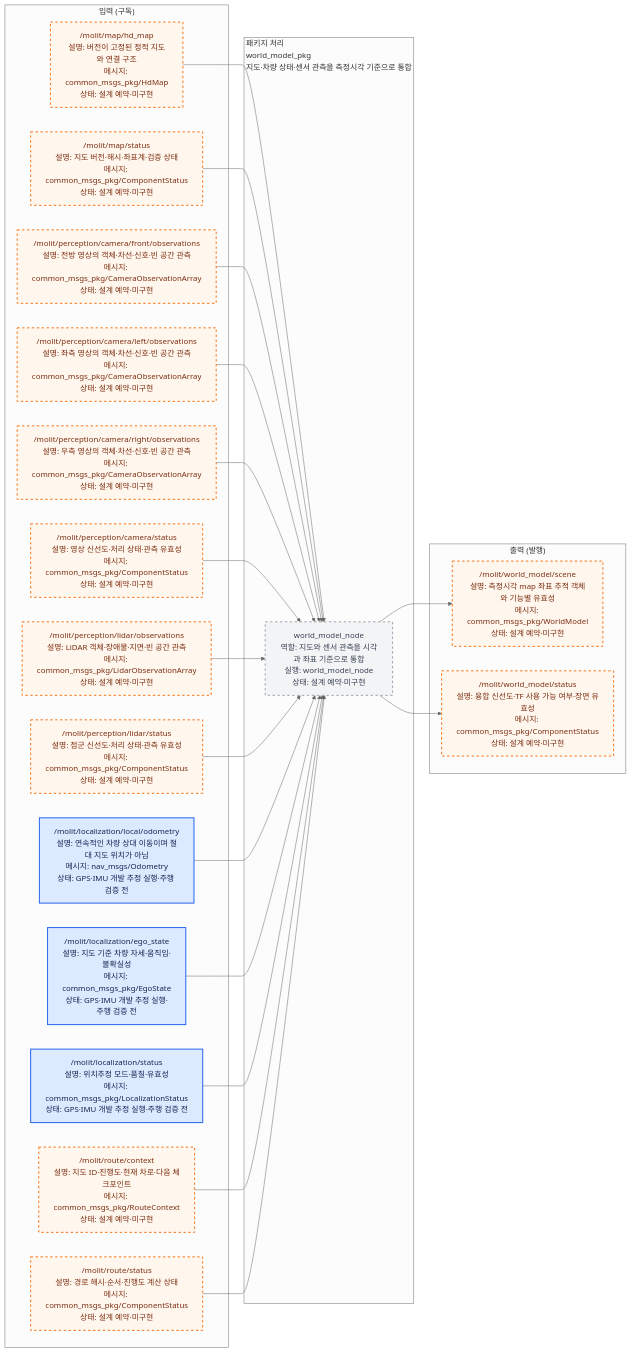
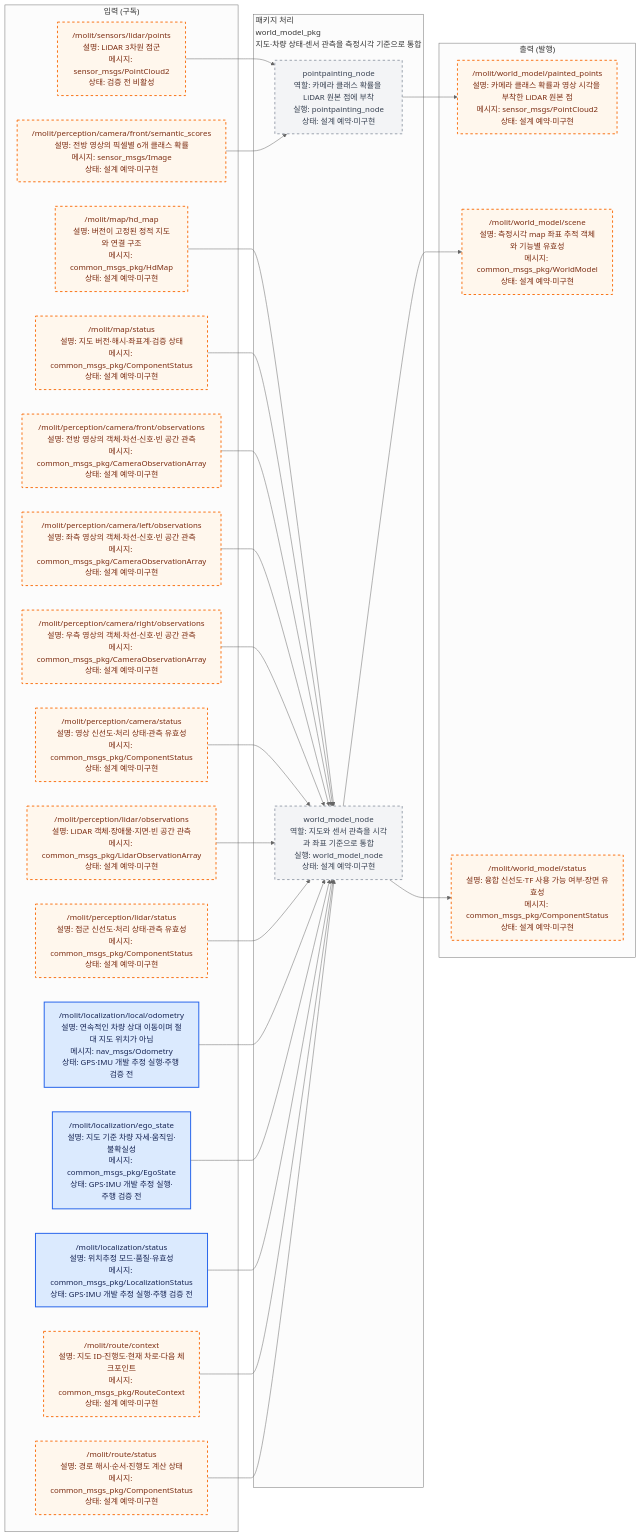
The diagram in src/world_model_pkg/docs/interface_io.mmd (Team-Stier/Morai_Sim_team2), drawn with Mermaid (neutral theme) before and after one commit. The commit also changed 44 other files, not shown here.

```diff
--- a/src/world_model_pkg/docs/interface_io.mmd
+++ b/src/world_model_pkg/docs/interface_io.mmd
@@ -1,65 +1,76 @@
 %% AUTO-GENERATED by ros_architecture_pkg/scripts/generate_interface_diagrams.py. DO NOT EDIT.
 %% Source of truth: ros_architecture_pkg/config/interface_contract.yaml
 flowchart LR
     classDef liveNode fill:#dcfce7,color:#14532d,stroke:#16a34a,stroke-width:2px;
     classDef reservedNode fill:#f3f4f6,color:#374151,stroke:#9ca3af,stroke-width:2px,stroke-dasharray: 5 5;
     classDef liveTopic fill:#dbeafe,color:#172554,stroke:#2563eb,stroke-width:2px;
     classDef reservedTopic fill:#fff7ed,color:#7c2d12,stroke:#f97316,stroke-width:2px,stroke-dasharray: 5 5;
     classDef emptyPort fill:#ffffff,color:#6b7280,stroke:#d1d5db,stroke-dasharray: 3 3;
     classDef externalEndpoint fill:#f3e8ff,color:#581c87,stroke:#9333ea,stroke-width:3px;
 
     subgraph INPUTS["입력 (구독)"]
-        input_000["/molit/map/hd_map<br/>설명: 버전이 고정된 정적 지도와 연결 구조<br/>메시지: common_msgs_pkg/HdMap<br/>상태: 설계 예약·미구현"]
-        input_001["/molit/map/status<br/>설명: 지도 버전·해시·좌표계·검증 상태<br/>메시지: common_msgs_pkg/ComponentStatus<br/>상태: 설계 예약·미구현"]
-        input_002["/molit/perception/camera/front/observations<br/>설명: 전방 영상의 객체·차선·신호·빈 공간 관측<br/>메시지: common_msgs_pkg/CameraObservationArray<br/>상태: 설계 예약·미구현"]
-        input_003["/molit/perception/camera/left/observations<br/>설명: 좌측 영상의 객체·차선·신호·빈 공간 관측<br/>메시지: common_msgs_pkg/CameraObservationArray<br/>상태: 설계 예약·미구현"]
-        input_004["/molit/perception/camera/right/observations<br/>설명: 우측 영상의 객체·차선·신호·빈 공간 관측<br/>메시지: common_msgs_pkg/CameraObservationArray<br/>상태: 설계 예약·미구현"]
-        input_005["/molit/perception/camera/status<br/>설명: 영상 신선도·처리 상태·관측 유효성<br/>메시지: common_msgs_pkg/ComponentStatus<br/>상태: 설계 예약·미구현"]
-        input_006["/molit/perception/lidar/observations<br/>설명: LiDAR 객체·장애물·지면·빈 공간 관측<br/>메시지: common_msgs_pkg/LidarObservationArray<br/>상태: 설계 예약·미구현"]
-        input_007["/molit/perception/lidar/status<br/>설명: 점군 신선도·처리 상태·관측 유효성<br/>메시지: common_msgs_pkg/ComponentStatus<br/>상태: 설계 예약·미구현"]
-        input_008["/molit/localization/local/odometry<br/>설명: 연속적인 차량 상대 이동이며 절대 지도 위치가 아님<br/>메시지: nav_msgs/Odometry<br/>상태: GPS·IMU 개발 추정 실행·주행 검증 전"]
-        input_009["/molit/localization/ego_state<br/>설명: 지도 기준 차량 자세·움직임·불확실성<br/>메시지: common_msgs_pkg/EgoState<br/>상태: GPS·IMU 개발 추정 실행·주행 검증 전"]
-        input_010["/molit/localization/status<br/>설명: 위치추정 모드·품질·유효성<br/>메시지: common_msgs_pkg/LocalizationStatus<br/>상태: GPS·IMU 개발 추정 실행·주행 검증 전"]
-        input_011["/molit/route/context<br/>설명: 지도 ID·진행도·현재 차로·다음 체크포인트<br/>메시지: common_msgs_pkg/RouteContext<br/>상태: 설계 예약·미구현"]
-        input_012["/molit/route/status<br/>설명: 경로 해시·순서·진행도 계산 상태<br/>메시지: common_msgs_pkg/ComponentStatus<br/>상태: 설계 예약·미구현"]
+        input_000["/molit/sensors/lidar/points<br/>설명: LiDAR 3차원 점군<br/>메시지: sensor_msgs/PointCloud2<br/>상태: 검증 전 비활성"]
+        input_001["/molit/perception/camera/front/semantic_scores<br/>설명: 전방 영상의 픽셀별 6개 클래스 확률<br/>메시지: sensor_msgs/Image<br/>상태: 설계 예약·미구현"]
+        input_002["/molit/map/hd_map<br/>설명: 버전이 고정된 정적 지도와 연결 구조<br/>메시지: common_msgs_pkg/HdMap<br/>상태: 설계 예약·미구현"]
+        input_003["/molit/map/status<br/>설명: 지도 버전·해시·좌표계·검증 상태<br/>메시지: common_msgs_pkg/ComponentStatus<br/>상태: 설계 예약·미구현"]
+        input_004["/molit/perception/camera/front/observations<br/>설명: 전방 영상의 객체·차선·신호·빈 공간 관측<br/>메시지: common_msgs_pkg/CameraObservationArray<br/>상태: 설계 예약·미구현"]
+        input_005["/molit/perception/camera/left/observations<br/>설명: 좌측 영상의 객체·차선·신호·빈 공간 관측<br/>메시지: common_msgs_pkg/CameraObservationArray<br/>상태: 설계 예약·미구현"]
+        input_006["/molit/perception/camera/right/observations<br/>설명: 우측 영상의 객체·차선·신호·빈 공간 관측<br/>메시지: common_msgs_pkg/CameraObservationArray<br/>상태: 설계 예약·미구현"]
+        input_007["/molit/perception/camera/status<br/>설명: 영상 신선도·처리 상태·관측 유효성<br/>메시지: common_msgs_pkg/ComponentStatus<br/>상태: 설계 예약·미구현"]
+        input_008["/molit/perception/lidar/observations<br/>설명: LiDAR 객체·장애물·지면·빈 공간 관측<br/>메시지: common_msgs_pkg/LidarObservationArray<br/>상태: 설계 예약·미구현"]
+        input_009["/molit/perception/lidar/status<br/>설명: 점군 신선도·처리 상태·관측 유효성<br/>메시지: common_msgs_pkg/ComponentStatus<br/>상태: 설계 예약·미구현"]
+        input_010["/molit/localization/local/odometry<br/>설명: 연속적인 차량 상대 이동이며 절대 지도 위치가 아님<br/>메시지: nav_msgs/Odometry<br/>상태: GPS·IMU 개발 추정 실행·주행 검증 전"]
+        input_011["/molit/localization/ego_state<br/>설명: 지도 기준 차량 자세·움직임·불확실성<br/>메시지: common_msgs_pkg/EgoState<br/>상태: GPS·IMU 개발 추정 실행·주행 검증 전"]
+        input_012["/molit/localization/status<br/>설명: 위치추정 모드·품질·유효성<br/>메시지: common_msgs_pkg/LocalizationStatus<br/>상태: GPS·IMU 개발 추정 실행·주행 검증 전"]
+        input_013["/molit/route/context<br/>설명: 지도 ID·진행도·현재 차로·다음 체크포인트<br/>메시지: common_msgs_pkg/RouteContext<br/>상태: 설계 예약·미구현"]
+        input_014["/molit/route/status<br/>설명: 경로 해시·순서·진행도 계산 상태<br/>메시지: common_msgs_pkg/ComponentStatus<br/>상태: 설계 예약·미구현"]
     end
     subgraph PACKAGE["패키지 처리<br/>world_model_pkg<br/>지도·차량 상태·센서 관측을 측정시각 기준으로 통합"]
         local_node_000["world_model_node<br/>역할: 지도와 센서 관측을 시각과 좌표 기준으로 통합<br/>실행: world_model_node<br/>상태: 설계 예약·미구현"]
+        local_node_001["pointpainting_node<br/>역할: 카메라 클래스 확률을 LiDAR 원본 점에 부착<br/>실행: pointpainting_node<br/>상태: 설계 예약·미구현"]
     end
     subgraph OUTPUTS["출력 (발행)"]
-        output_000["/molit/world_model/scene<br/>설명: 측정시각 map 좌표 추적 객체와 기능별 유효성<br/>메시지: common_msgs_pkg/WorldModel<br/>상태: 설계 예약·미구현"]
-        output_001["/molit/world_model/status<br/>설명: 융합 신선도·TF 사용 가능 여부·장면 유효성<br/>메시지: common_msgs_pkg/ComponentStatus<br/>상태: 설계 예약·미구현"]
+        output_000["/molit/world_model/painted_points<br/>설명: 카메라 클래스 확률과 영상 시각을 부착한 LiDAR 원본 점<br/>메시지: sensor_msgs/PointCloud2<br/>상태: 설계 예약·미구현"]
+        output_001["/molit/world_model/scene<br/>설명: 측정시각 map 좌표 추적 객체와 기능별 유효성<br/>메시지: common_msgs_pkg/WorldModel<br/>상태: 설계 예약·미구현"]
+        output_002["/molit/world_model/status<br/>설명: 융합 신선도·TF 사용 가능 여부·장면 유효성<br/>메시지: common_msgs_pkg/ComponentStatus<br/>상태: 설계 예약·미구현"]
     end
 
-    input_000 --> local_node_000
-    input_001 --> local_node_000
+    input_000 --> local_node_001
+    input_001 --> local_node_001
     input_002 --> local_node_000
     input_003 --> local_node_000
     input_004 --> local_node_000
     input_005 --> local_node_000
     input_006 --> local_node_000
     input_007 --> local_node_000
     input_008 --> local_node_000
     input_009 --> local_node_000
     input_010 --> local_node_000
     input_011 --> local_node_000
     input_012 --> local_node_000
-    local_node_000 --> output_000
+    input_013 --> local_node_000
+    input_014 --> local_node_000
+    local_node_001 --> output_000
     local_node_000 --> output_001
+    local_node_000 --> output_002
 
     class local_node_000 reservedNode;
+    class local_node_001 reservedNode;
     class input_000 reservedTopic;
     class input_001 reservedTopic;
     class input_002 reservedTopic;
     class input_003 reservedTopic;
     class input_004 reservedTopic;
     class input_005 reservedTopic;
     class input_006 reservedTopic;
     class input_007 reservedTopic;
-    class input_008 liveTopic;
-    class input_009 liveTopic;
+    class input_008 reservedTopic;
+    class input_009 reservedTopic;
     class input_010 liveTopic;
-    class input_011 reservedTopic;
-    class input_012 reservedTopic;
+    class input_011 liveTopic;
+    class input_012 liveTopic;
+    class input_013 reservedTopic;
+    class input_014 reservedTopic;
     class output_000 reservedTopic;
     class output_001 reservedTopic;
+    class output_002 reservedTopic;
```
